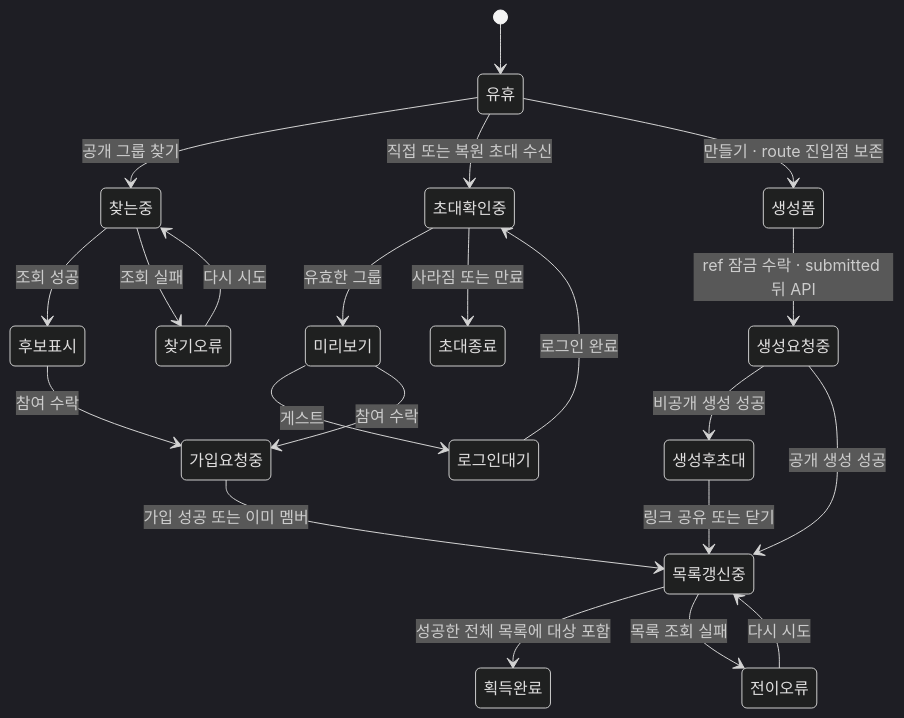
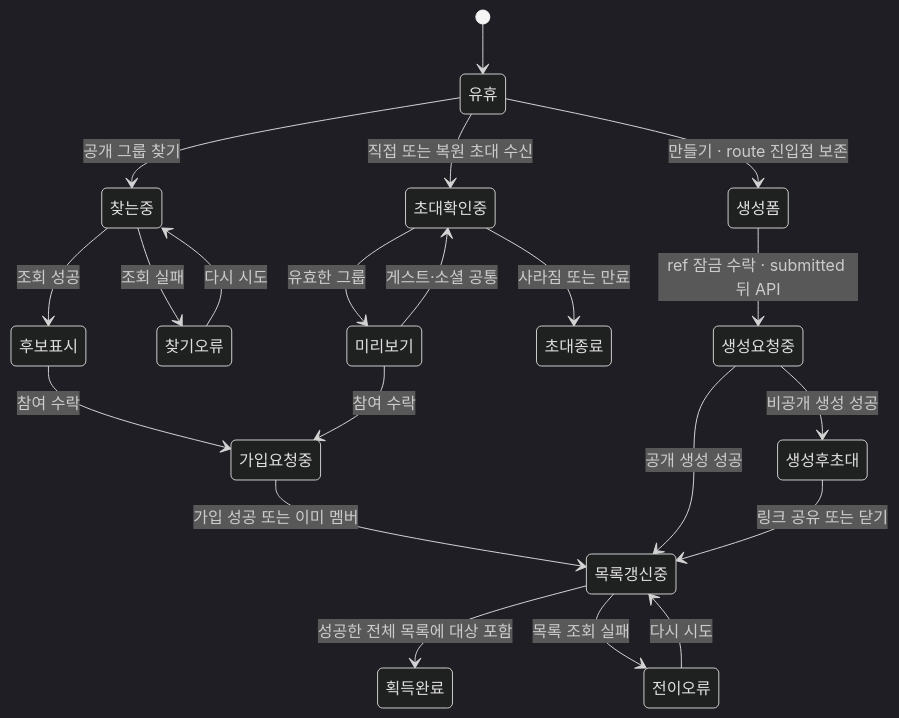
Before and after one commit to OneOrThree/phone: the first of 3 diagrams in docs/prd/group/features/01-acquisition/low-level-design.md, drawn with Mermaid (dark theme). The commit also changed other lines of this file and 15 other files, not shown here.

````diff
--- a/docs/prd/group/features/01-acquisition/low-level-design.md
+++ b/docs/prd/group/features/01-acquisition/low-level-design.md
@@ -12,27 +12,26 @@
 ```mermaid
 stateDiagram-v2
     [*] --> 유휴
     유휴 --> 찾는중: 공개 그룹 찾기
     찾는중 --> 후보표시: 조회 성공
     찾는중 --> 찾기오류: 조회 실패
     찾기오류 --> 찾는중: 다시 시도
 
     유휴 --> 초대확인중: 직접 또는 복원 초대 수신
     초대확인중 --> 미리보기: 유효한 그룹
     초대확인중 --> 초대종료: 사라짐 또는 만료
-    미리보기 --> 로그인대기: 게스트
-    로그인대기 --> 초대확인중: 로그인 완료
+    미리보기 --> 초대확인중: 게스트·소셜 공통
 
     유휴 --> 생성폼: 만들기 · route 진입점 보존
     생성폼 --> 생성요청중: ref 잠금 수락 · submitted 뒤 API
 
     후보표시 --> 가입요청중: 참여 수락
     미리보기 --> 가입요청중: 참여 수락
     가입요청중 --> 목록갱신중: 가입 성공 또는 이미 멤버
     생성요청중 --> 생성후초대: 비공개 생성 성공
     생성요청중 --> 목록갱신중: 공개 생성 성공
     생성후초대 --> 목록갱신중: 링크 공유 또는 닫기
     목록갱신중 --> 획득완료: 성공한 전체 목록에 대상 포함
     목록갱신중 --> 전이오류: 목록 조회 실패
     전이오류 --> 목록갱신중: 다시 시도
 ```
````
